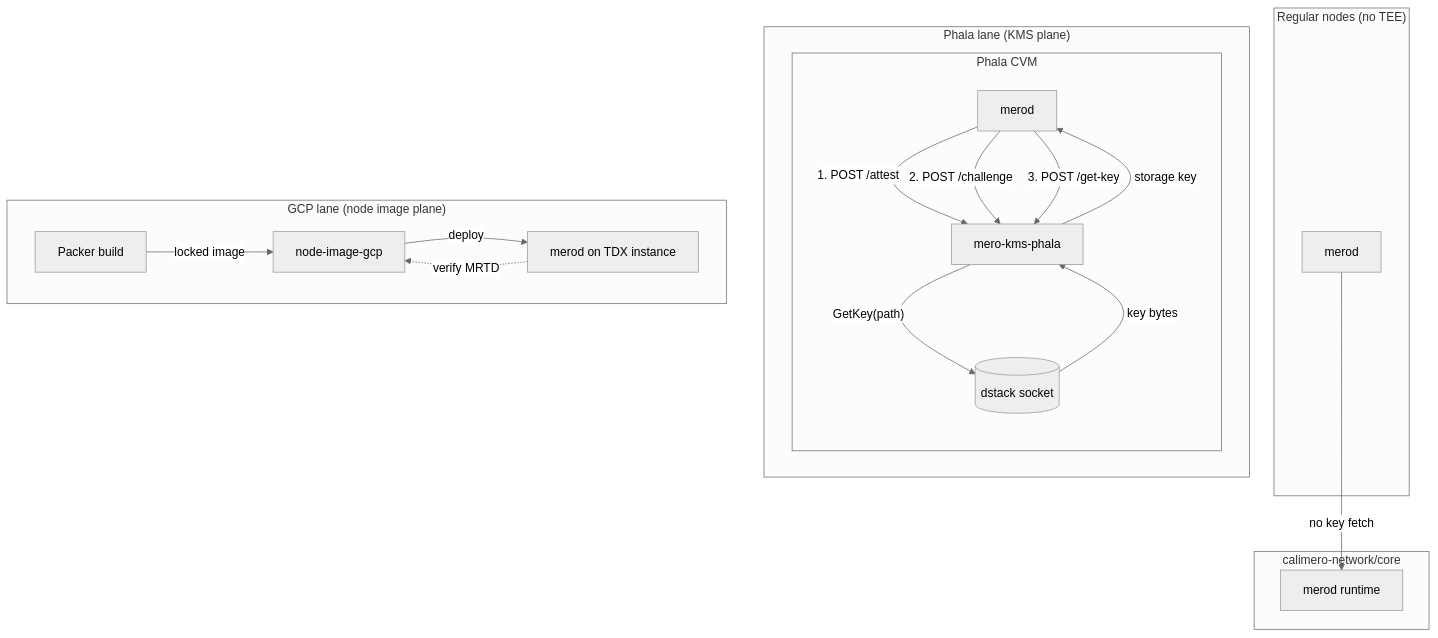
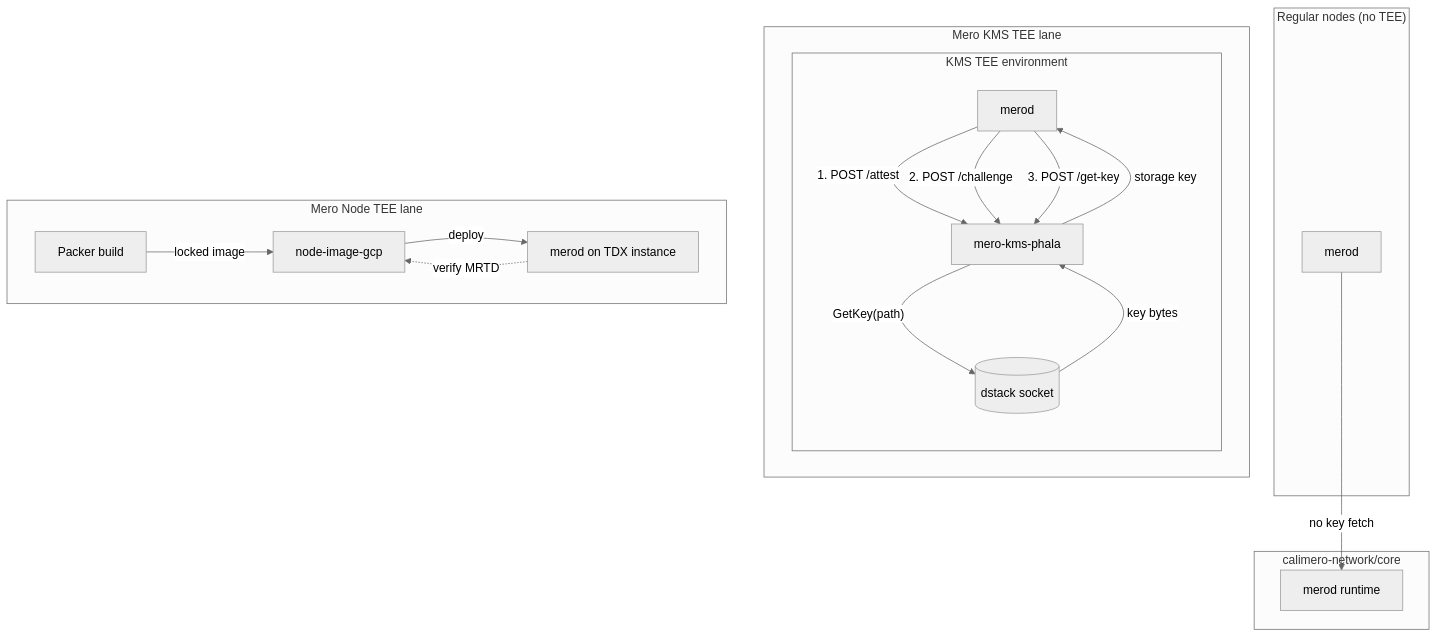
The diagram in docs/diagrams/src/system-overview.mmd (calimero-network/mero-tee), drawn with Mermaid (neutral theme) before and after one commit. The commit also changed 25 other files, not shown here.

Commit message:
docs: rename lane terminology to Mero KMS and Node TEEs

```diff
--- a/docs/diagrams/src/system-overview.mmd
+++ b/docs/diagrams/src/system-overview.mmd
@@ -1,35 +1,35 @@
 flowchart TB
     subgraph regular["Regular nodes (no TEE)"]
         MEROD_REG[merod]
     end
 
-    subgraph phala["Phala lane (KMS plane)"]
-        subgraph cvm["Phala CVM"]
-            MEROD_PHALA[merod]
+    subgraph kms_tee["Mero KMS TEE lane"]
+        subgraph cvm["KMS TEE environment"]
+            MEROD_KMS_TEE[merod]
             KMS[mero-kms-phala]
             DSTACK[(dstack socket)]
         end
     end
 
-    subgraph gcp["GCP lane (node image plane)"]
+    subgraph node_tee["Mero Node TEE lane"]
         PACKER[Packer build]
         NODE_IMG[node-image-gcp]
-        MEROD_GCP[merod on TDX instance]
+        MEROD_NODE_TEE[merod on TDX instance]
     end
 
     subgraph core["calimero-network/core"]
         MEROD_RUNTIME[merod runtime]
     end
 
     MEROD_REG -->|"no key fetch"| MEROD_RUNTIME
 
-    MEROD_PHALA -->|"1. POST /attest"| KMS
-    MEROD_PHALA -->|"2. POST /challenge"| KMS
-    MEROD_PHALA -->|"3. POST /get-key"| KMS
+    MEROD_KMS_TEE -->|"1. POST /attest"| KMS
+    MEROD_KMS_TEE -->|"2. POST /challenge"| KMS
+    MEROD_KMS_TEE -->|"3. POST /get-key"| KMS
     KMS -->|"GetKey(path)"| DSTACK
     DSTACK -->|"key bytes"| KMS
-    KMS -->|"storage key"| MEROD_PHALA
+    KMS -->|"storage key"| MEROD_KMS_TEE
 
     PACKER -->|"locked image"| NODE_IMG
-    NODE_IMG -->|"deploy"| MEROD_GCP
-    MEROD_GCP -.->|"verify MRTD"| NODE_IMG
+    NODE_IMG -->|"deploy"| MEROD_NODE_TEE
+    MEROD_NODE_TEE -.->|"verify MRTD"| NODE_IMG
```
